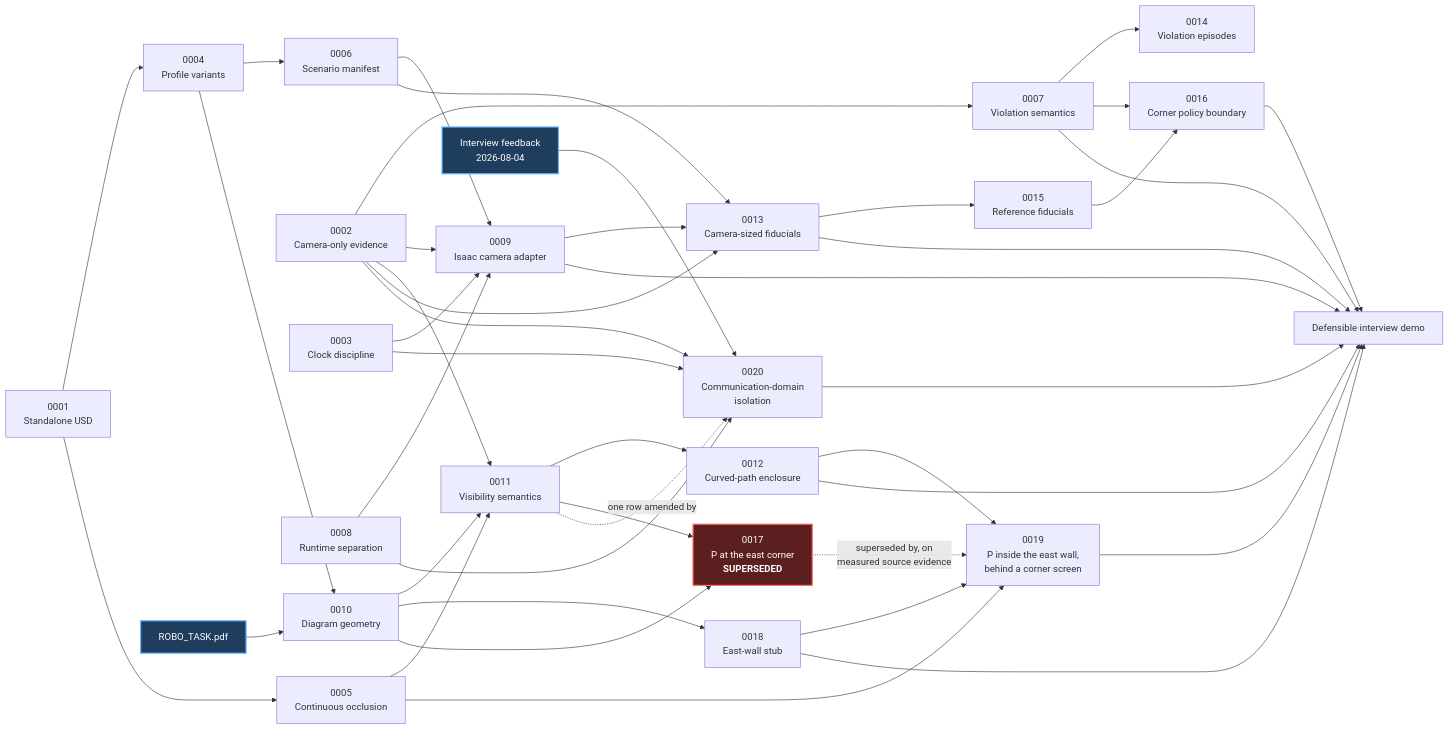
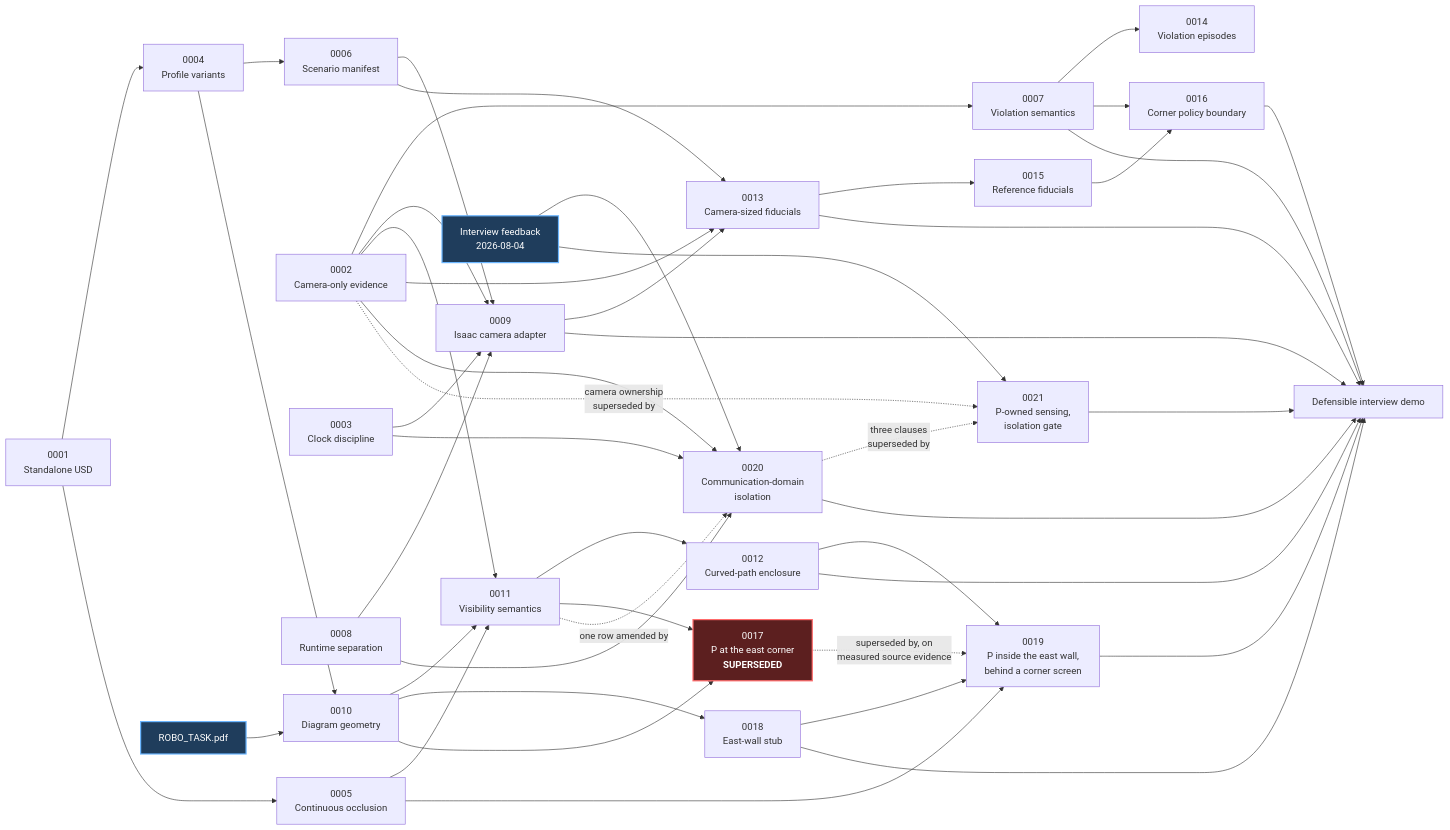
One commit to alexandergmzx/corridor-twin changed the diagram in docs/adr/README.md. Above: the diagram before and after it, drawn with Mermaid. The commit also changed other lines of this file and 2 other files, not shown here.

First line of the commit message:
docs(adr): move the camera to P and gate on the isolation certificate

````diff
--- a/docs/adr/README.md
+++ b/docs/adr/README.md
@@ -43,56 +44,61 @@
 ```mermaid
 flowchart LR
     A1["0001<br/>Standalone USD"] --> A4["0004<br/>Profile variants"]
     A4 --> A6["0006<br/>Scenario manifest"]
 
     A2["0002<br/>Camera-only evidence"] --> A7["0007<br/>Violation semantics"]
     A7 --> A14["0014<br/>Violation episodes"]
     A3["0003<br/>Clock discipline"] --> A9["0009<br/>Isaac camera adapter"]
     A8["0008<br/>Runtime separation"] --> A9
     A2 --> A9
     A6 --> A9
 
     A1 --> A5["0005<br/>Continuous occlusion"]
 
     Task["ROBO_TASK.pdf"] --> A10["0010<br/>Diagram geometry"]
     A4 --> A10
     A10 --> A11["0011<br/>Visibility semantics"]
     A5 --> A11
     A2 --> A11
 
     A11 --> A12["0012<br/>Curved-path enclosure"]
     A2 --> A13["0013<br/>Camera-sized fiducials"]
     A6 --> A13
     A9 --> A13
     A13 --> A15["0015<br/>Reference fiducials"]
     A7 --> A16["0016<br/>Corner policy boundary"]
     A15 --> A16
 
     A10 --> A18["0018<br/>East-wall stub"]
     A11 --> A17["0017<br/>P at the east corner<br/><b>SUPERSEDED</b>"]:::superseded
     A10 --> A17
     A17 -. "superseded by, on<br/>measured source evidence" .-> A19["0019<br/>P inside the east wall,<br/>behind a corner screen"]
     A18 --> A19
     A12 --> A19
     A5 --> A19
 
     Feedback["Interview feedback<br/>2026-08-04"] --> A20["0020<br/>Communication-domain<br/>isolation"]
     A2 --> A20
     A3 --> A20
     A8 --> A20
     A11 -. "one row amended by" .-> A20
 
+    Feedback --> A21["0021<br/>P-owned sensing,<br/>isolation gate"]
+    A20 -. "three clauses<br/>superseded by" .-> A21
+    A2 -. "camera ownership<br/>superseded by" .-> A21
+
     A12 --> Demo["Defensible interview demo"]
     A13 --> Demo
     A16 --> Demo
     A7 --> Demo
     A9 --> Demo
     A18 --> Demo
     A19 --> Demo
     A20 --> Demo
+    A21 --> Demo
 
     classDef source fill:#1f3d5c,color:#ffffff,stroke:#6bb6ff,stroke-width:2px;
     classDef superseded fill:#5c1f1f,color:#ffffff,stroke:#ff6b6b,stroke-width:2px;
     class Task source;
     class Feedback source;
 ```
````
